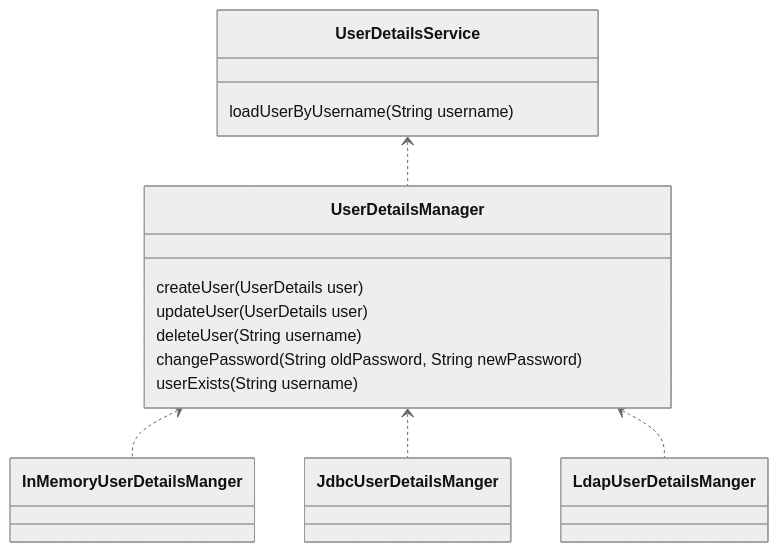
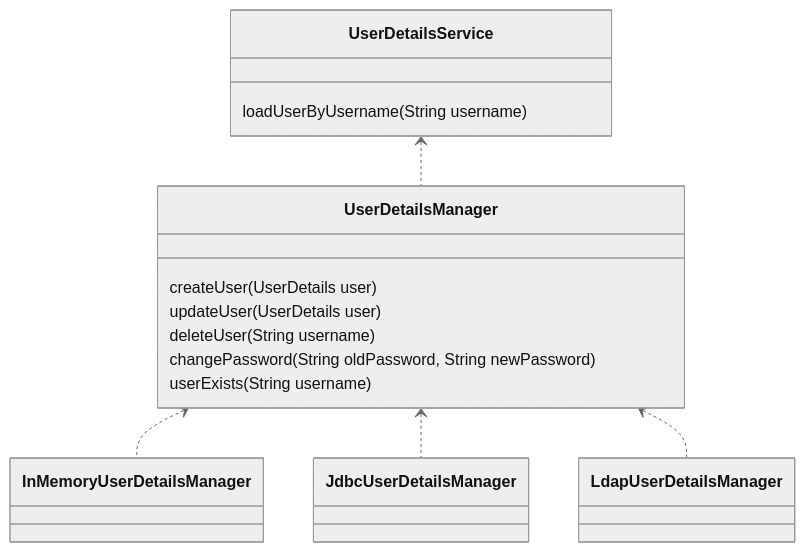
Before and after one commit to DonggeonMoon/spring-security-study: the third of 3 diagrams in readme.md, drawn with Mermaid (neutral theme). The commit also changed other lines of this file, not shown here.

Commit message:
docs: JdbcUserDetailsManager, @EnableWebSecurity 내용 추가

````diff
--- a/readme.md
+++ b/readme.md
@@ -213,17 +213,17 @@
 ```mermaid
 classDiagram
     UserDetailsService <.. UserDetailsManager
-    UserDetailsManager <.. InMemoryUserDetailsManger
-    UserDetailsManager <.. JdbcUserDetailsManger
-    UserDetailsManager <.. LdapUserDetailsManger
+    UserDetailsManager <.. InMemoryUserDetailsManager
+    UserDetailsManager <.. JdbcUserDetailsManager
+    UserDetailsManager <.. LdapUserDetailsManager
     
     class UserDetailsService
     UserDetailsService : loadUserByUsername(String username)
     
     class UserDetailsManager
     UserDetailsManager : createUser(UserDetails user)
     UserDetailsManager : updateUser(UserDetails user)
     UserDetailsManager : deleteUser(String username)
     UserDetailsManager : changePassword(String oldPassword, String newPassword)
     UserDetailsManager : userExists(String username)
 ```
````
